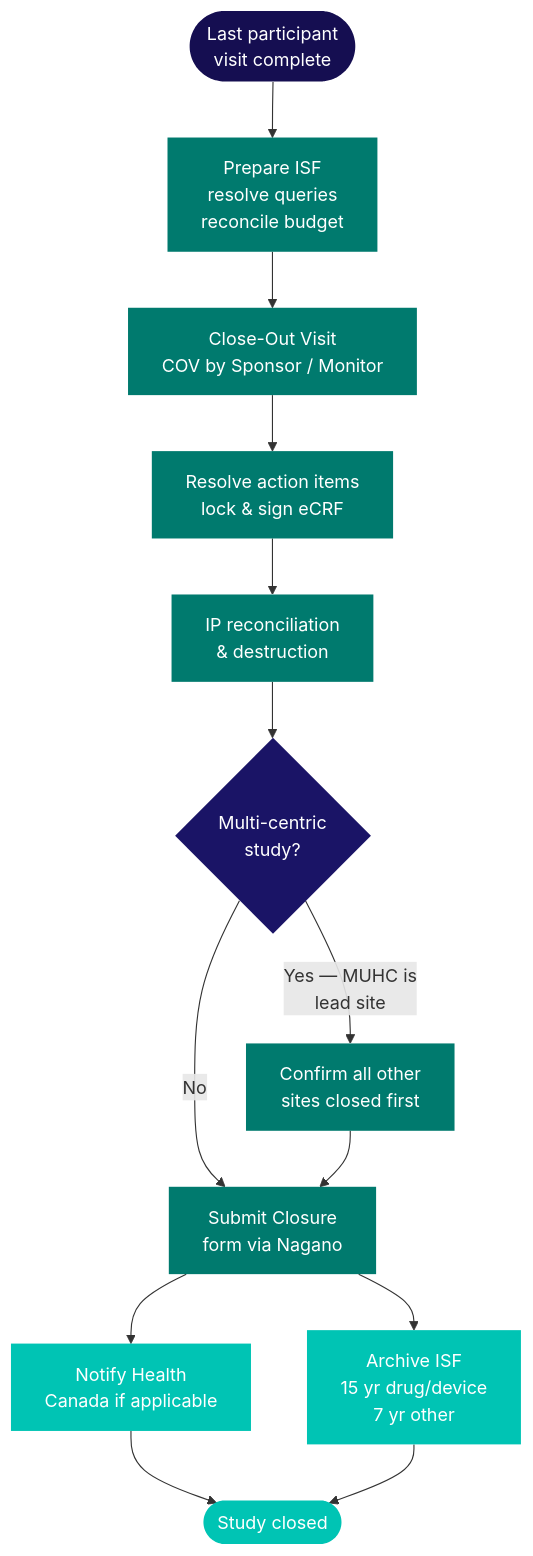
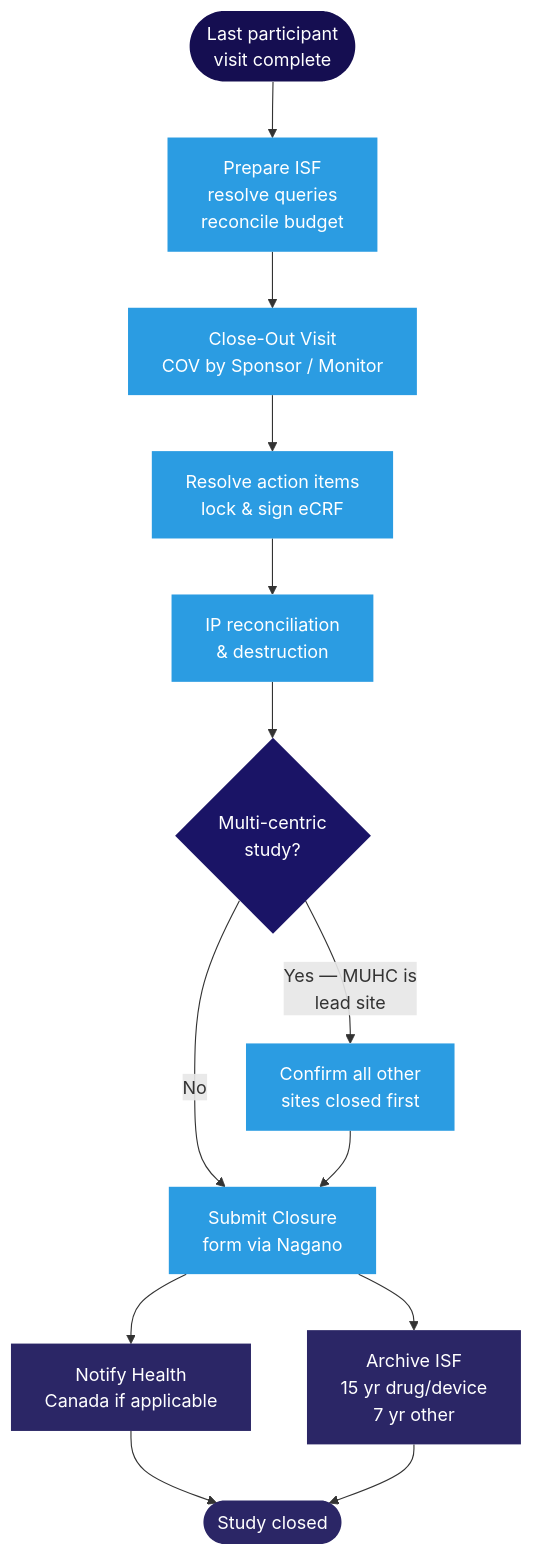
Before and after one commit to matthewfiorentino/docs: the first of 2 diagrams in kb/close-out.mdx, drawn with Mermaid. The commit also changed other lines of this file and 36 other files, not shown here.

````diff
--- a/kb/close-out.mdx
+++ b/kb/close-out.mdx
@@ -9,29 +9,29 @@
 ```mermaid
 flowchart TD
     A([Last participant\nvisit complete]) --> B[Prepare ISF\nresolve queries\nreconcile budget]
     B --> C[Close-Out Visit\nCOV by Sponsor / Monitor]
     C --> D[Resolve action items\nlock & sign eCRF]
     D --> E[IP reconciliation\n& destruction]
     E --> F{Multi-centric\nstudy?}
 
     F -->|Yes — MUHC is\nlead site| G[Confirm all other\nsites closed first]
     F -->|No| H[Submit Closure\nform via Nagano]
     G --> H
 
     H --> HC[Notify Health\nCanada if applicable]
     H --> ARCH[Archive ISF\n15 yr drug/device\n7 yr other]
     HC --> DONE([Study closed])
     ARCH --> DONE
 
     style A    fill:#150e51,color:#fff,stroke:none
-    style B    fill:#007a6e,color:#fff,stroke:none
-    style C    fill:#007a6e,color:#fff,stroke:none
-    style D    fill:#007a6e,color:#fff,stroke:none
-    style E    fill:#007a6e,color:#fff,stroke:none
+    style B    fill:#2b9ce2,color:#fff,stroke:none
+    style C    fill:#2b9ce2,color:#fff,stroke:none
+    style D    fill:#2b9ce2,color:#fff,stroke:none
+    style E    fill:#2b9ce2,color:#fff,stroke:none
     style F    fill:#1a1466,color:#fff,stroke:none
-    style G    fill:#007a6e,color:#fff,stroke:none
-    style H    fill:#007a6e,color:#fff,stroke:none
-    style HC   fill:#00c4b4,color:#fff,stroke:none
-    style ARCH fill:#00c4b4,color:#fff,stroke:none
-    style DONE fill:#00c4b4,color:#fff,stroke:none
+    style G    fill:#2b9ce2,color:#fff,stroke:none
+    style H    fill:#2b9ce2,color:#fff,stroke:none
+    style HC   fill:#2b2666,color:#fff,stroke:none
+    style ARCH fill:#2b2666,color:#fff,stroke:none
+    style DONE fill:#2b2666,color:#fff,stroke:none
 ```
````
